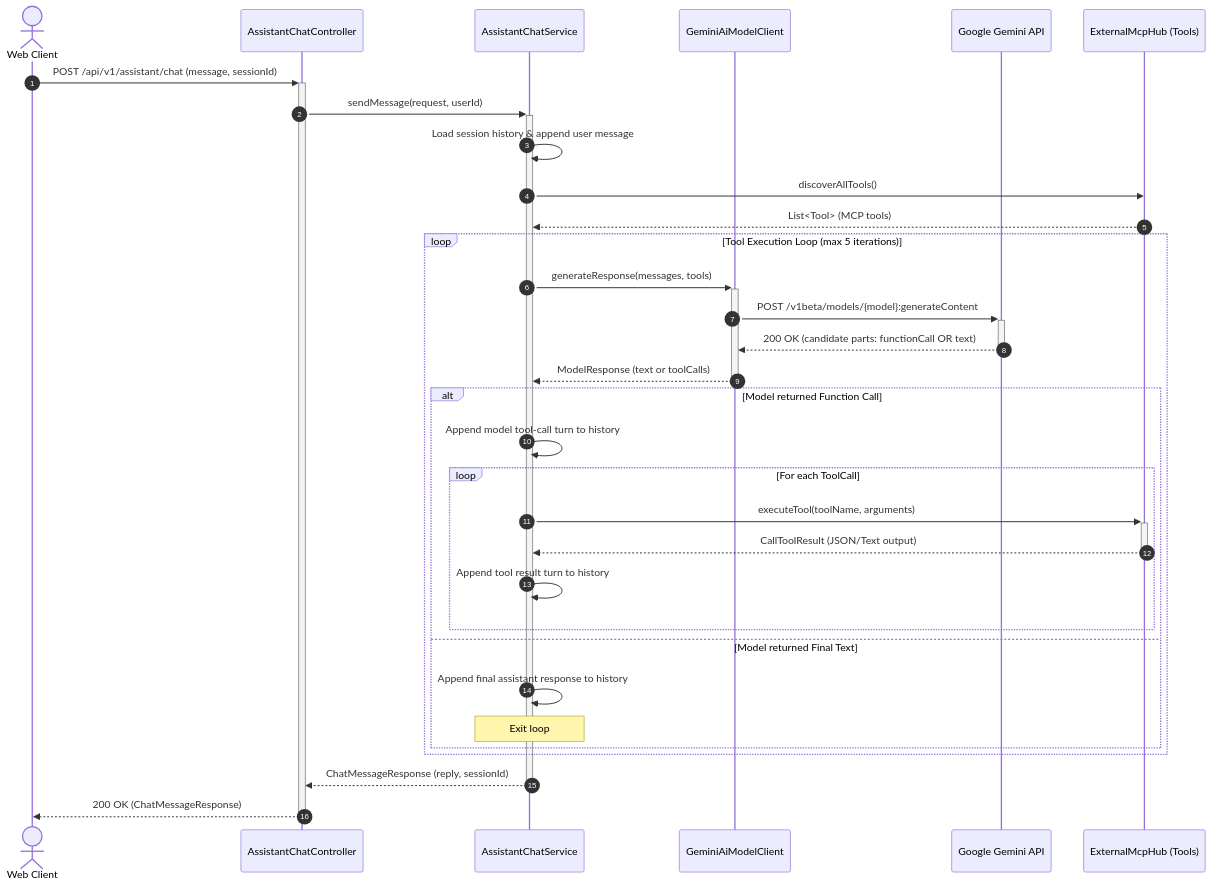
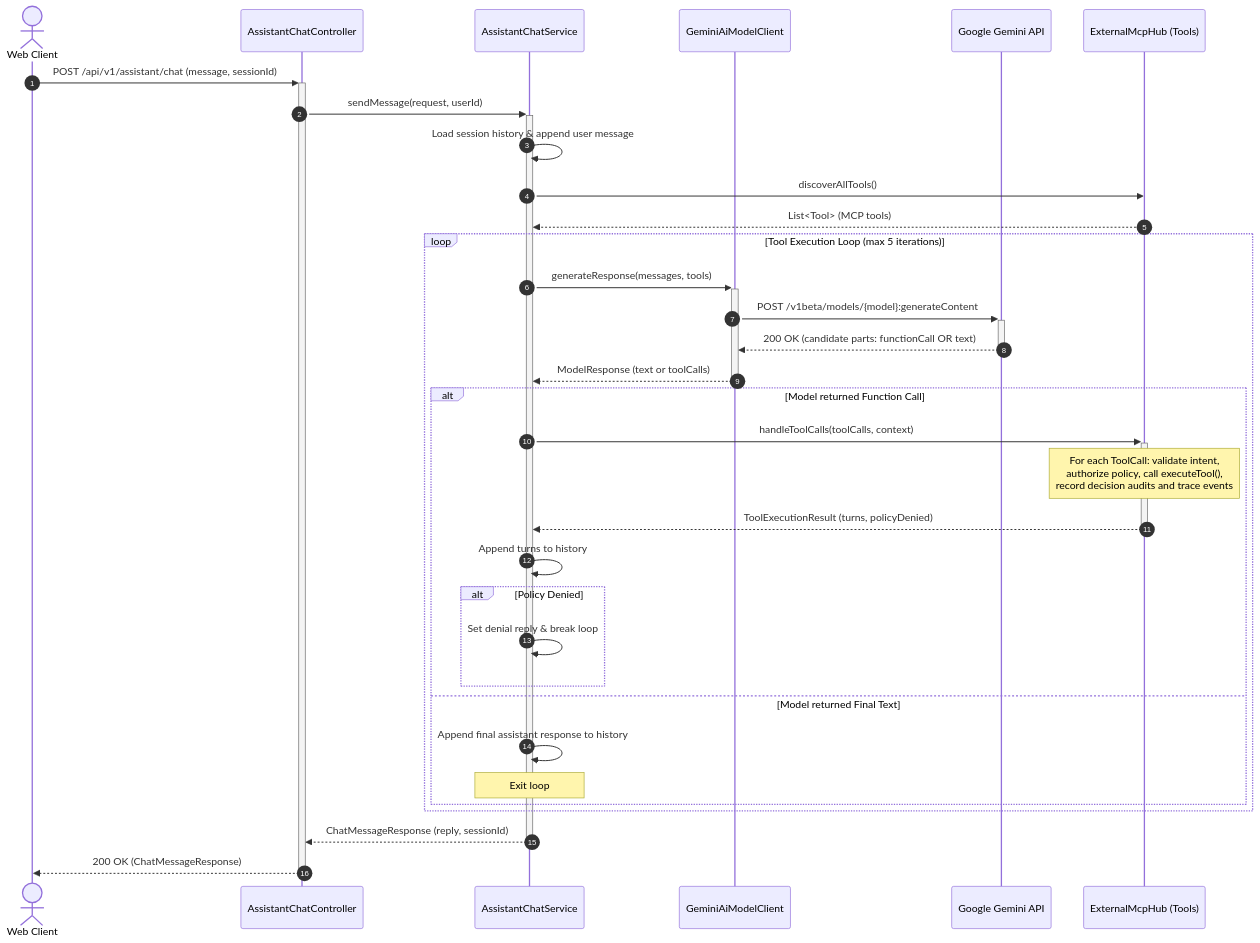
Before and after one commit to vungdv/hometask1: the diagram in src/java/03-Polaris/docs/design/simple-loop.md, drawn with Mermaid. The commit also changed other lines of this file and 20 other files, not shown here.

````diff
--- a/src/java/03-Polaris/docs/design/simple-loop.md
+++ b/src/java/03-Polaris/docs/design/simple-loop.md
@@ -19,38 +19,39 @@
 ```mermaid
 sequenceDiagram
     autonumber
     actor User as Web Client
     participant Controller as AssistantChatController
     participant Service as AssistantChatService
     participant ModelHandler as GeminiAiModelClient
     participant Gemini as Google Gemini API
     participant McpHub as ExternalMcpHub (Tools)
 
     User->>+Controller: POST /api/v1/assistant/chat (message, sessionId)
     Controller->>+Service: sendMessage(request, userId)
     Service->>Service: Load session history & append user message
     Service->>McpHub: discoverAllTools()
     McpHub-->>Service: List<Tool> (MCP tools)
 
     loop Tool Execution Loop (max 5 iterations)
         Service->>+ModelHandler: generateResponse(messages, tools)
         ModelHandler->>+Gemini: POST /v1beta/models/{model}:generateContent
         Gemini-->>-ModelHandler: 200 OK (candidate parts: functionCall OR text)
         ModelHandler-->>-Service: ModelResponse (text or toolCalls)
 
         alt Model returned Function Call
-            Service->>Service: Append model tool-call turn to history
-            loop For each ToolCall
-                Service->>+McpHub: executeTool(toolName, arguments)
-                McpHub-->>-Service: CallToolResult (JSON/Text output)
-                Service->>Service: Append tool result turn to history
+            Service->>+McpHub: handleToolCalls(toolCalls, context)
+            Note over McpHub: For each ToolCall: validate intent,<br/>authorize policy, call executeTool(),<br/>record decision audits and trace events
+            McpHub-->>-Service: ToolExecutionResult (turns, policyDenied)
+            Service->>Service: Append turns to history
+            alt Policy Denied
+                Service->>Service: Set denial reply & break loop
             end
         else Model returned Final Text
             Service->>Service: Append final assistant response to history
             Note over Service: Exit loop
         end
     end
 
     Service-->>-Controller: ChatMessageResponse (reply, sessionId)
     Controller-->>-User: 200 OK (ChatMessageResponse)
 ```
````
